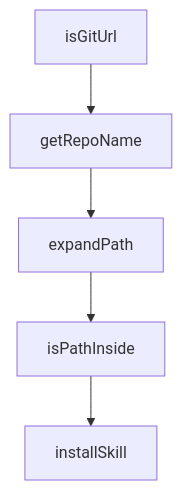
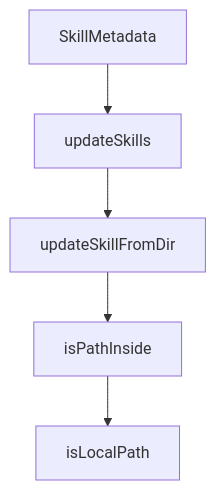
One commit to johnxie/awesome-code-docs changed the diagram in tutorials/openskills-tutorial/02-skill-format-and-loader-architecture.md. Above: the diagram before and after it, drawn with Mermaid. The commit also changed other lines of this file and 1232 other files, not shown here.

````diff
--- a/tutorials/openskills-tutorial/02-skill-format-and-loader-architecture.md
+++ b/tutorials/openskills-tutorial/02-skill-format-and-loader-architecture.md
@@ -201,12 +163,12 @@
 ```mermaid
 flowchart TD
-    A[isGitUrl]
-    B[getRepoName]
-    C[expandPath]
+    A[SkillMetadata]
+    B[updateSkills]
+    C[updateSkillFromDir]
     D[isPathInside]
-    E[installSkill]
+    E[isLocalPath]
     A --> B
     B --> C
     C --> D
     D --> E
 ```
````
